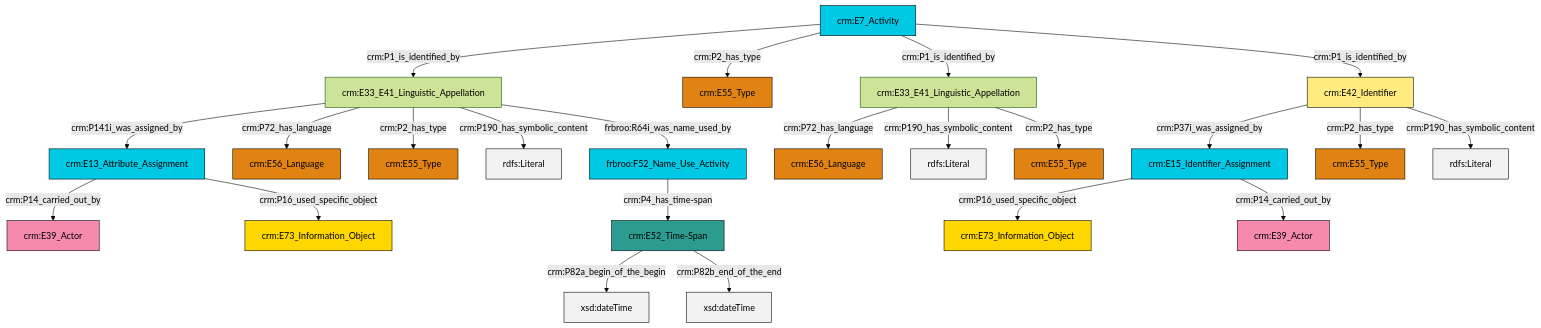
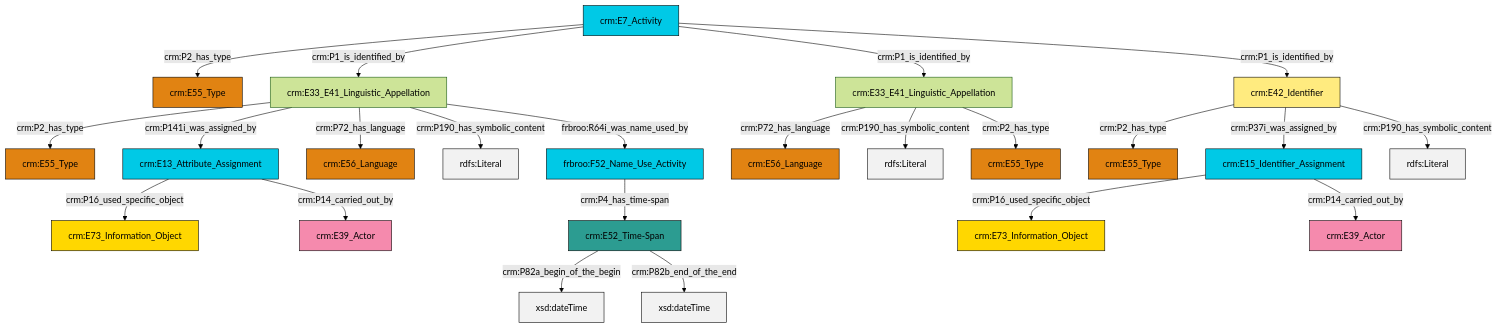
Before and after one commit to swiss-art-research-net/docs.swissartresearch: the diagram in et/eventCSV/ttl/mmd/event_name.ttl.mmd, drawn with Mermaid (forest theme). The commit also changed 169 other files, not shown here.

```diff
--- a/et/eventCSV/ttl/mmd/event_name.ttl.mmd
+++ b/et/eventCSV/ttl/mmd/event_name.ttl.mmd
@@ -1,37 +1,37 @@
 graph TD
 classDef Literal fill:#f2f2f2,stroke:#000000;
 classDef CRM_Entity fill:#FFFFFF,stroke:#000000;
 classDef Temporal_Entity fill:#00C9E6, stroke:#000000;
 classDef Type fill:#E18312, stroke:#000000;
 classDef Time-Span fill:#2C9C91, stroke:#000000;
 classDef Appellation fill:#FFEB7F, stroke:#000000;
 classDef Place fill:#008836, stroke:#000000;
 classDef Persistent_Item fill:#B266B2, stroke:#000000;
 classDef Conceptual_Object fill:#FFD700, stroke:#000000;
 classDef Physical_Thing fill:#D2B48C, stroke:#000000;
 classDef Actor fill:#f58aad, stroke:#000000;
 classDef PC_Classes fill:#4ce600, stroke:#000000;
 classDef Multi fill:#cccccc,stroke:#000000;
 
-2["crm:E13_Attribute_Assignment"]:::Temporal_Entity -->|crm:P14_carried_out_by| 3["crm:E39_Actor"]:::Actor
-6["crm:E33_E41_Linguistic_Appellation"]:::Default -->|crm:P72_has_language| 7["crm:E56_Language"]:::Type
-10["crm:E7_Activity"]:::Temporal_Entity -->|crm:P1_is_identified_by| 0["crm:E33_E41_Linguistic_Appellation"]:::Default
-2["crm:E13_Attribute_Assignment"]:::Temporal_Entity -->|crm:P16_used_specific_object| 12["crm:E73_Information_Object"]:::Conceptual_Object
-10["crm:E7_Activity"]:::Temporal_Entity -->|crm:P2_has_type| 19["crm:E55_Type"]:::Type
-0["crm:E33_E41_Linguistic_Appellation"]:::Default -->|crm:P141i_was_assigned_by| 2["crm:E13_Attribute_Assignment"]:::Temporal_Entity
-6["crm:E33_E41_Linguistic_Appellation"]:::Default -->|crm:P190_has_symbolic_content| 22[rdfs:Literal]:::Literal
-13["crm:E52_Time-Span"]:::Time-Span -->|crm:P82a_begin_of_the_begin| 23[xsd:dateTime]:::Literal
-13["crm:E52_Time-Span"]:::Time-Span -->|crm:P82b_end_of_the_end| 25[xsd:dateTime]:::Literal
-10["crm:E7_Activity"]:::Temporal_Entity -->|crm:P1_is_identified_by| 6["crm:E33_E41_Linguistic_Appellation"]:::Default
-26["frbroo:F52_Name_Use_Activity"]:::Temporal_Entity -->|crm:P4_has_time-span| 13["crm:E52_Time-Span"]:::Time-Span
-6["crm:E33_E41_Linguistic_Appellation"]:::Default -->|crm:P2_has_type| 17["crm:E55_Type"]:::Type
-29["crm:E15_Identifier_Assignment"]:::Temporal_Entity -->|crm:P16_used_specific_object| 30["crm:E73_Information_Object"]:::Conceptual_Object
-0["crm:E33_E41_Linguistic_Appellation"]:::Default -->|crm:P72_has_language| 4["crm:E56_Language"]:::Type
-0["crm:E33_E41_Linguistic_Appellation"]:::Default -->|crm:P2_has_type| 27["crm:E55_Type"]:::Type
-29["crm:E15_Identifier_Assignment"]:::Temporal_Entity -->|crm:P14_carried_out_by| 15["crm:E39_Actor"]:::Actor
-8["crm:E42_Identifier"]:::Appellation -->|crm:P37i_was_assigned_by| 29["crm:E15_Identifier_Assignment"]:::Temporal_Entity
-8["crm:E42_Identifier"]:::Appellation -->|crm:P2_has_type| 20["crm:E55_Type"]:::Type
-10["crm:E7_Activity"]:::Temporal_Entity -->|crm:P1_is_identified_by| 8["crm:E42_Identifier"]:::Appellation
-0["crm:E33_E41_Linguistic_Appellation"]:::Default -->|crm:P190_has_symbolic_content| 39[rdfs:Literal]:::Literal
-0["crm:E33_E41_Linguistic_Appellation"]:::Default -->|frbroo:R64i_was_name_used_by| 26["frbroo:F52_Name_Use_Activity"]:::Temporal_Entity
-8["crm:E42_Identifier"]:::Appellation -->|crm:P190_has_symbolic_content| 41[rdfs:Literal]:::Literal
+2["crm:E13_Attribute_Assignment"]:::Temporal_Entity -->|crm:P16_used_specific_object| 3["crm:E73_Information_Object"]:::Conceptual_Object
+4["crm:E7_Activity"]:::Temporal_Entity -->|crm:P2_has_type| 5["crm:E55_Type"]:::Type
+6["crm:E33_E41_Linguistic_Appellation"]:::Default -->|crm:P2_has_type| 7["crm:E55_Type"]:::Type
+2["crm:E13_Attribute_Assignment"]:::Temporal_Entity -->|crm:P14_carried_out_by| 9["crm:E39_Actor"]:::Actor
+16["crm:E33_E41_Linguistic_Appellation"]:::Default -->|crm:P72_has_language| 10["crm:E56_Language"]:::Type
+16["crm:E33_E41_Linguistic_Appellation"]:::Default -->|crm:P190_has_symbolic_content| 17[rdfs:Literal]:::Literal
+6["crm:E33_E41_Linguistic_Appellation"]:::Default -->|crm:P141i_was_assigned_by| 2["crm:E13_Attribute_Assignment"]:::Temporal_Entity
+6["crm:E33_E41_Linguistic_Appellation"]:::Default -->|crm:P72_has_language| 18["crm:E56_Language"]:::Type
+19["crm:E52_Time-Span"]:::Time-Span -->|crm:P82a_begin_of_the_begin| 20[xsd:dateTime]:::Literal
+19["crm:E52_Time-Span"]:::Time-Span -->|crm:P82b_end_of_the_end| 27[xsd:dateTime]:::Literal
+25["frbroo:F52_Name_Use_Activity"]:::Temporal_Entity -->|crm:P4_has_time-span| 19["crm:E52_Time-Span"]:::Time-Span
+4["crm:E7_Activity"]:::Temporal_Entity -->|crm:P1_is_identified_by| 6["crm:E33_E41_Linguistic_Appellation"]:::Default
+4["crm:E7_Activity"]:::Temporal_Entity -->|crm:P1_is_identified_by| 16["crm:E33_E41_Linguistic_Appellation"]:::Default
+14["crm:E15_Identifier_Assignment"]:::Temporal_Entity -->|crm:P16_used_specific_object| 21["crm:E73_Information_Object"]:::Conceptual_Object
+6["crm:E33_E41_Linguistic_Appellation"]:::Default -->|crm:P190_has_symbolic_content| 29[rdfs:Literal]:::Literal
+16["crm:E33_E41_Linguistic_Appellation"]:::Default -->|crm:P2_has_type| 0["crm:E55_Type"]:::Type
+4["crm:E7_Activity"]:::Temporal_Entity -->|crm:P1_is_identified_by| 30["crm:E42_Identifier"]:::Appellation
+30["crm:E42_Identifier"]:::Appellation -->|crm:P2_has_type| 31["crm:E55_Type"]:::Type
+30["crm:E42_Identifier"]:::Appellation -->|crm:P37i_was_assigned_by| 14["crm:E15_Identifier_Assignment"]:::Temporal_Entity
+6["crm:E33_E41_Linguistic_Appellation"]:::Default -->|frbroo:R64i_was_name_used_by| 25["frbroo:F52_Name_Use_Activity"]:::Temporal_Entity
+14["crm:E15_Identifier_Assignment"]:::Temporal_Entity -->|crm:P14_carried_out_by| 33["crm:E39_Actor"]:::Actor
+30["crm:E42_Identifier"]:::Appellation -->|crm:P190_has_symbolic_content| 34[rdfs:Literal]:::Literal
```
